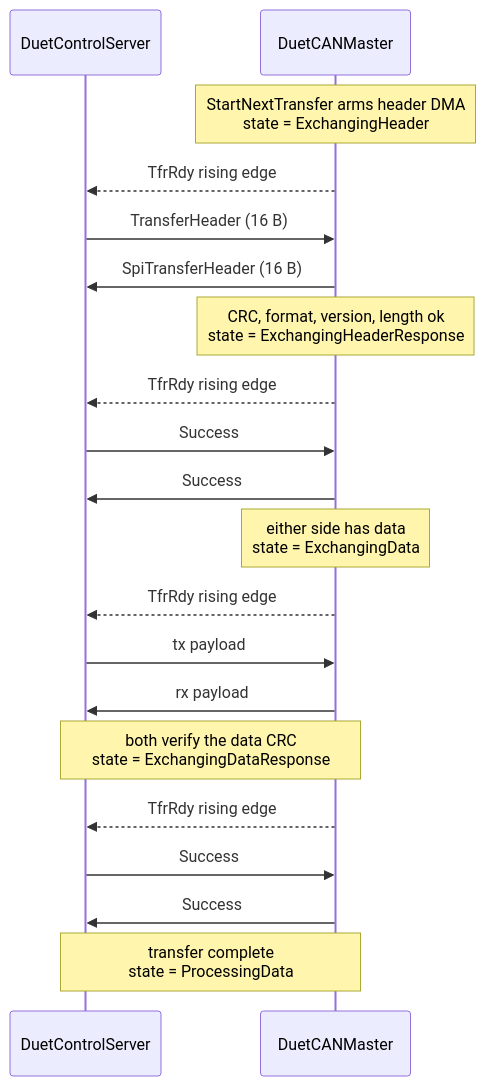
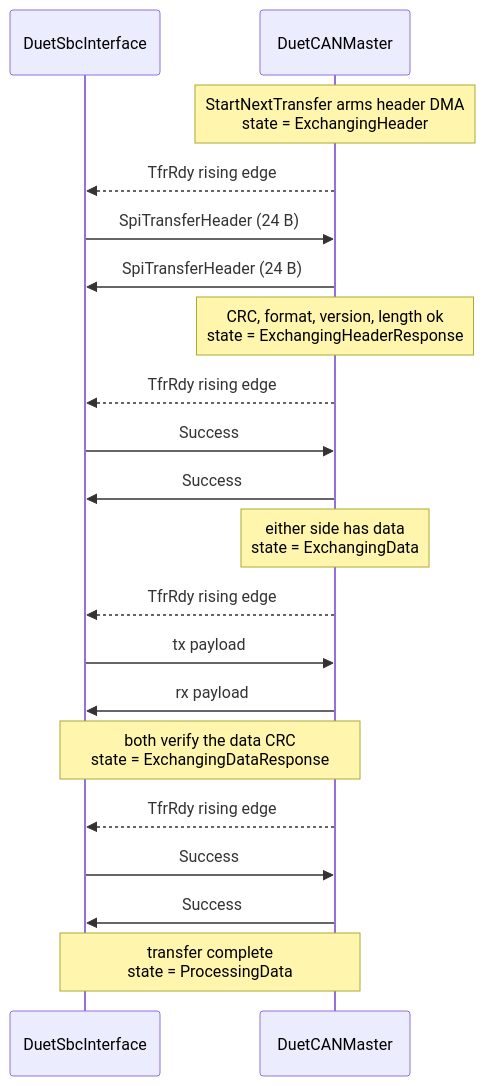
Before and after one commit to Duet3D/DuetSoftwareFramework: the third of 4 diagrams in src/Documentation/articles/spi-state-machine.md, drawn with Mermaid. The commit also changed other lines of this file and 8 other files, not shown here.

````diff
--- a/src/Documentation/articles/spi-state-machine.md
+++ b/src/Documentation/articles/spi-state-machine.md
@@ -241,26 +246,26 @@
 ```mermaid
 sequenceDiagram
-    participant DCS as DuetControlServer
-    participant RRF as DuetCANMaster
+    participant SBC as DuetSbcInterface
+    participant CTRL as DuetCANMaster
 
-    Note over RRF: StartNextTransfer arms header DMA<br/>state = ExchangingHeader
-    RRF-->>DCS: TfrRdy rising edge
-    DCS->>RRF: TransferHeader (16 B)
-    RRF->>DCS: SpiTransferHeader (16 B)
-    Note over RRF: CRC, format, version, length ok<br/>state = ExchangingHeaderResponse
+    Note over CTRL: StartNextTransfer arms header DMA<br/>state = ExchangingHeader
+    CTRL-->>SBC: TfrRdy rising edge
+    SBC->>CTRL: SpiTransferHeader (24 B)
+    CTRL->>SBC: SpiTransferHeader (24 B)
+    Note over CTRL: CRC, format, version, length ok<br/>state = ExchangingHeaderResponse
 
-    RRF-->>DCS: TfrRdy rising edge
-    DCS->>RRF: Success
-    RRF->>DCS: Success
-    Note over RRF: either side has data<br/>state = ExchangingData
+    CTRL-->>SBC: TfrRdy rising edge
+    SBC->>CTRL: Success
+    CTRL->>SBC: Success
+    Note over CTRL: either side has data<br/>state = ExchangingData
 
-    RRF-->>DCS: TfrRdy rising edge
-    DCS->>RRF: tx payload
-    RRF->>DCS: rx payload
-    Note over DCS,RRF: both verify the data CRC<br/>state = ExchangingDataResponse
+    CTRL-->>SBC: TfrRdy rising edge
+    SBC->>CTRL: tx payload
+    CTRL->>SBC: rx payload
+    Note over SBC,CTRL: both verify the data CRC<br/>state = ExchangingDataResponse
 
-    RRF-->>DCS: TfrRdy rising edge
-    DCS->>RRF: Success
-    RRF->>DCS: Success
-    Note over DCS,RRF: transfer complete<br/>state = ProcessingData
+    CTRL-->>SBC: TfrRdy rising edge
+    SBC->>CTRL: Success
+    CTRL->>SBC: Success
+    Note over SBC,CTRL: transfer complete<br/>state = ProcessingData
 ```
````
